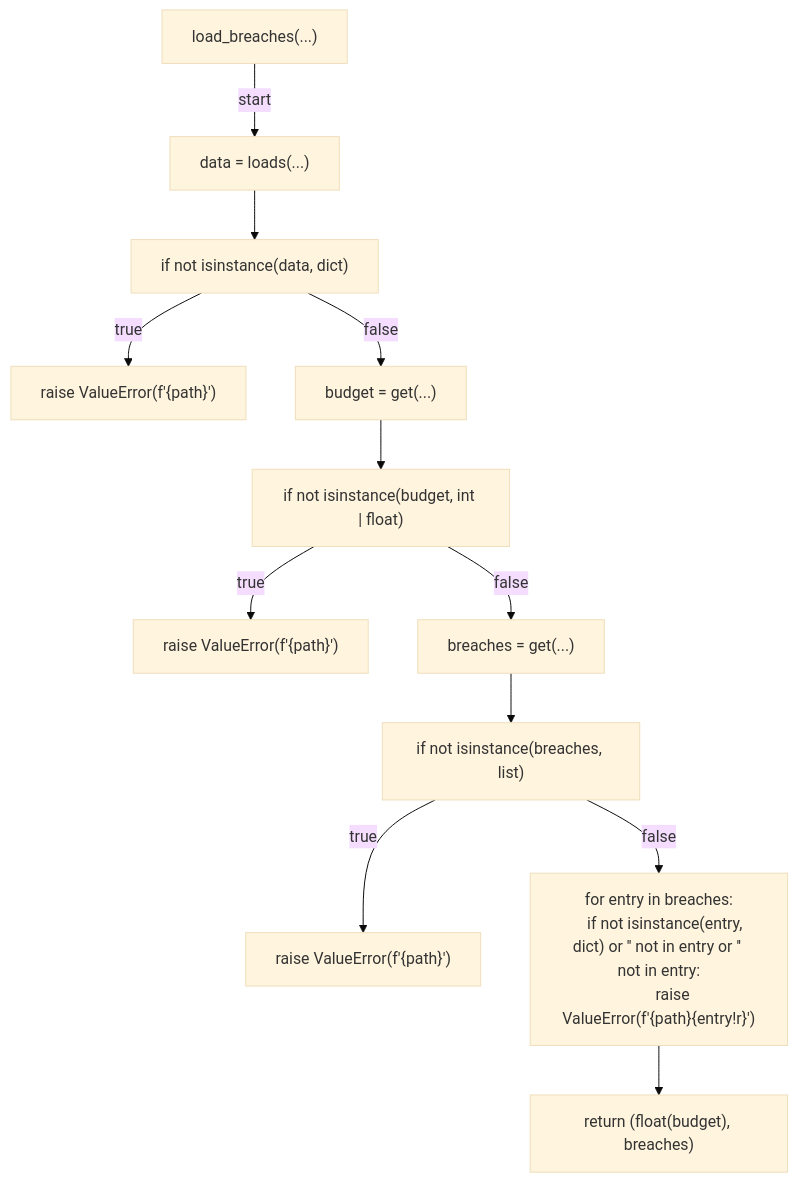
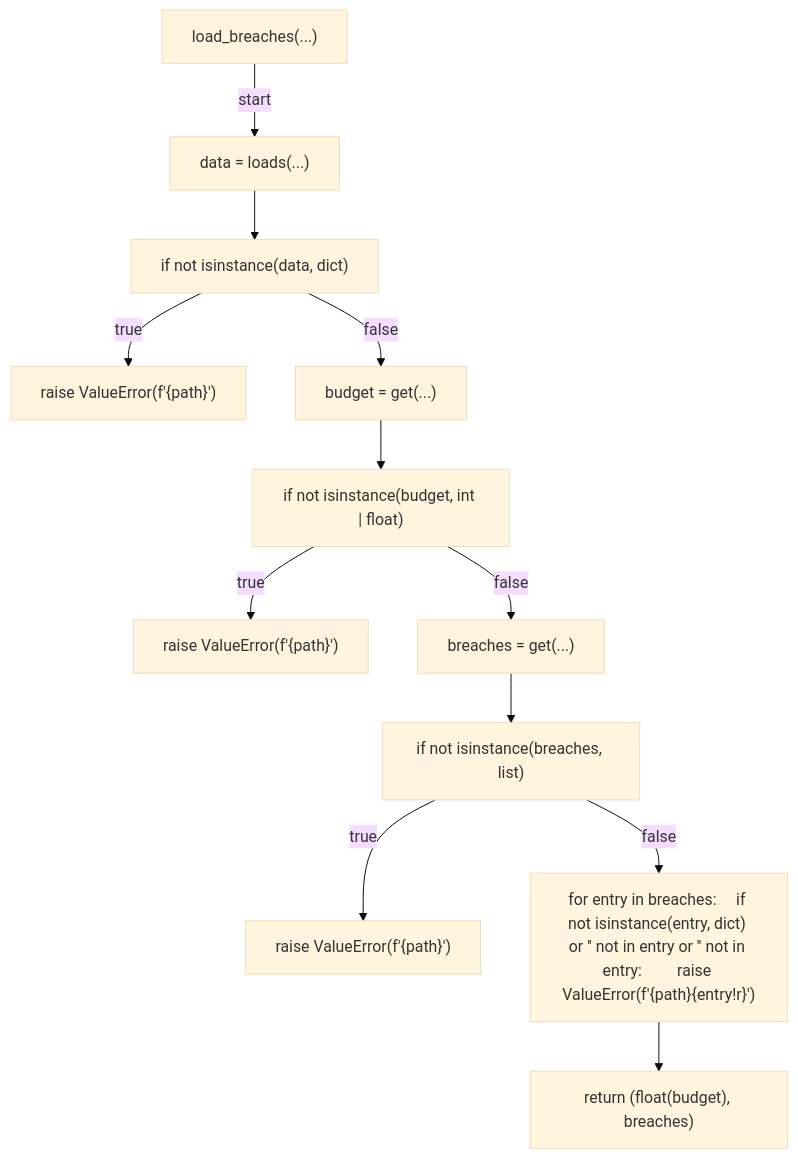
Before and after one commit to tvna/claude-md: the second of 9 diagrams in docs/generated/scripts/ast/ci_budget_issue.md, drawn with Mermaid (base theme). The commit also changed other lines of this file and 20 other files, not shown here.

First line of the commit message:
docs(generated): regenerate decision tree and workflow diagrams (batch 1/5)

````diff
--- a/docs/generated/scripts/ast/ci_budget_issue.md
+++ b/docs/generated/scripts/ast/ci_budget_issue.md
@@ -26,28 +26,26 @@
 ```mermaid
 flowchart TD
     N001["load_breaches(...)"]
     N002["data = loads(...)"]
     N003["if not isinstance(data, dict)"]
     N004["raise ValueError(f'<str>{path}<str>')"]
     N005["budget = get(...)"]
     N006["if not isinstance(budget, int | float)"]
     N007["raise ValueError(f'<str>{path}<str>')"]
     N008["breaches = get(...)"]
     N009["if not isinstance(breaches, list)"]
     N010["raise ValueError(f'<str>{path}<str>')"]
-    N011["for entry in breaches:
-    if not isinstance(entry, dict) or '<str>' not in entry or '<str>' not in entry:
-        raise ValueError(f'<str>{path}<str>{entry!r}')"]
+    N011["for entry in breaches:     if not isinstance(entry, dict) or '<str>' not in entry or '<str>' not in entry:         raise ValueError(f'<str>{path}<str>{entry!r}')"]
     N012["return (float(budget), breaches)"]
     N001 -->|"start"| N002
     N002 --> N003
     N003 -->|"true"| N004
     N003 -->|"false"| N005
     N005 --> N006
     N006 -->|"true"| N007
     N006 -->|"false"| N008
     N008 --> N009
     N009 -->|"true"| N010
     N009 -->|"false"| N011
     N011 --> N012
 ```
````
